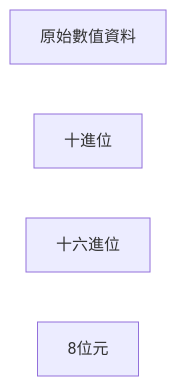
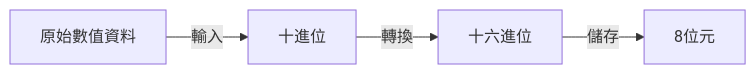
One commit to kuku0508/kuku_note_ver_2 changed the diagram in 未處理/處理中/LENGTH.md. Above: the diagram before and after it, drawn with Mermaid. The commit also changed other lines of this file, not shown here.

Commit message:
vault backup: 2025-08-04 22:22:31

````diff
--- a/未處理/處理中/LENGTH.md
+++ b/未處理/處理中/LENGTH.md
@@ -11,7 +11,10 @@
 ```mermaid
 flowchart LR
 A@{shape:square,label: "原始數值資料"}
 B@{shape:square,label: "十進位"}
 C@{shape:square,label: "十六進位"}
 D@{shape:square,label: "8位元"}
+A-->|輸入|B
+B-->|轉換|C
+C-->|儲存|D
 ```
````
